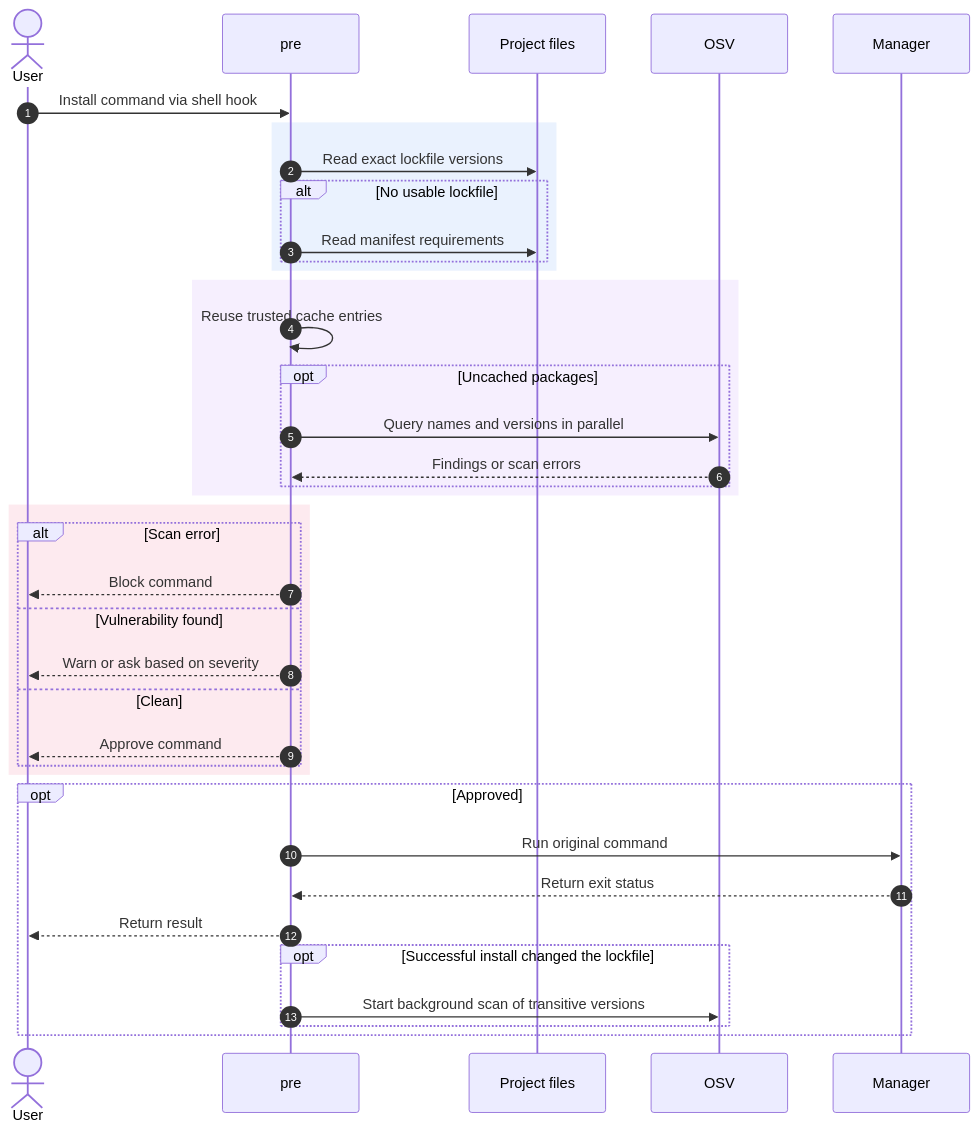
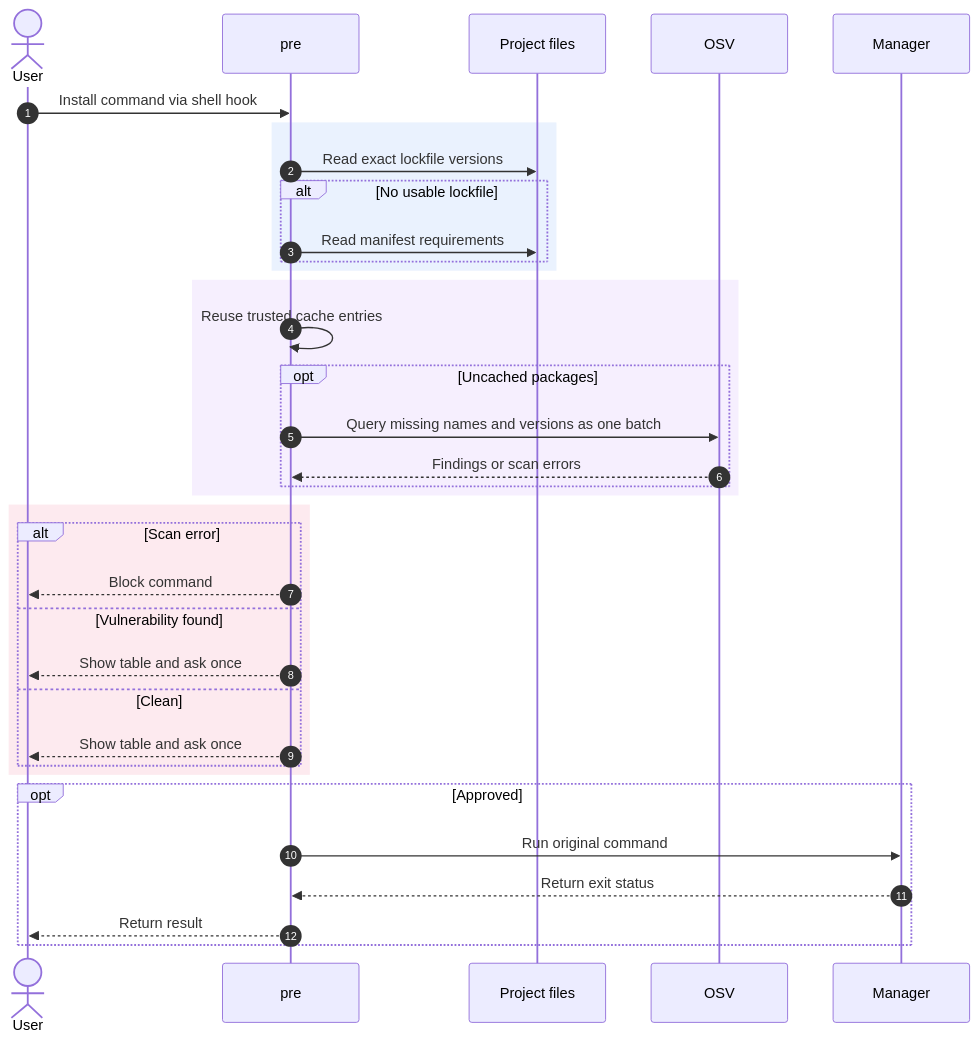
The first of 2 diagrams in README.md (yowainwright/pre), drawn with Mermaid before and after one commit. The commit also changed other lines of this file and 31 other files, not shown here.

````diff
--- a/README.md
+++ b/README.md
@@ -109,45 +109,42 @@
 ```mermaid
 sequenceDiagram
     autonumber
     actor User
     participant Pre as pre
     participant Project as Project files
     participant OSV
     participant Manager
 
     User->>Pre: Install command via shell hook
 
     rect rgba(137, 180, 250, 0.18)
         Pre->>Project: Read exact lockfile versions
         alt No usable lockfile
             Pre->>Project: Read manifest requirements
         end
     end
 
     rect rgba(203, 166, 247, 0.18)
         Pre->>Pre: Reuse trusted cache entries
         opt Uncached packages
-            Pre->>OSV: Query names and versions in parallel
+            Pre->>OSV: Query missing names and versions as one batch
             OSV-->>Pre: Findings or scan errors
         end
     end
 
     rect rgba(243, 139, 168, 0.18)
         alt Scan error
             Pre-->>User: Block command
         else Vulnerability found
-            Pre-->>User: Warn or ask based on severity
+            Pre-->>User: Show table and ask once
         else Clean
-            Pre-->>User: Approve command
+            Pre-->>User: Show table and ask once
         end
     end
 
     opt Approved
         Pre->>Manager: Run original command
         Manager-->>Pre: Return exit status
         Pre-->>User: Return result
-        opt Successful install changed the lockfile
-            Pre->>OSV: Start background scan of transitive versions
-        end
     end
 ```
````
